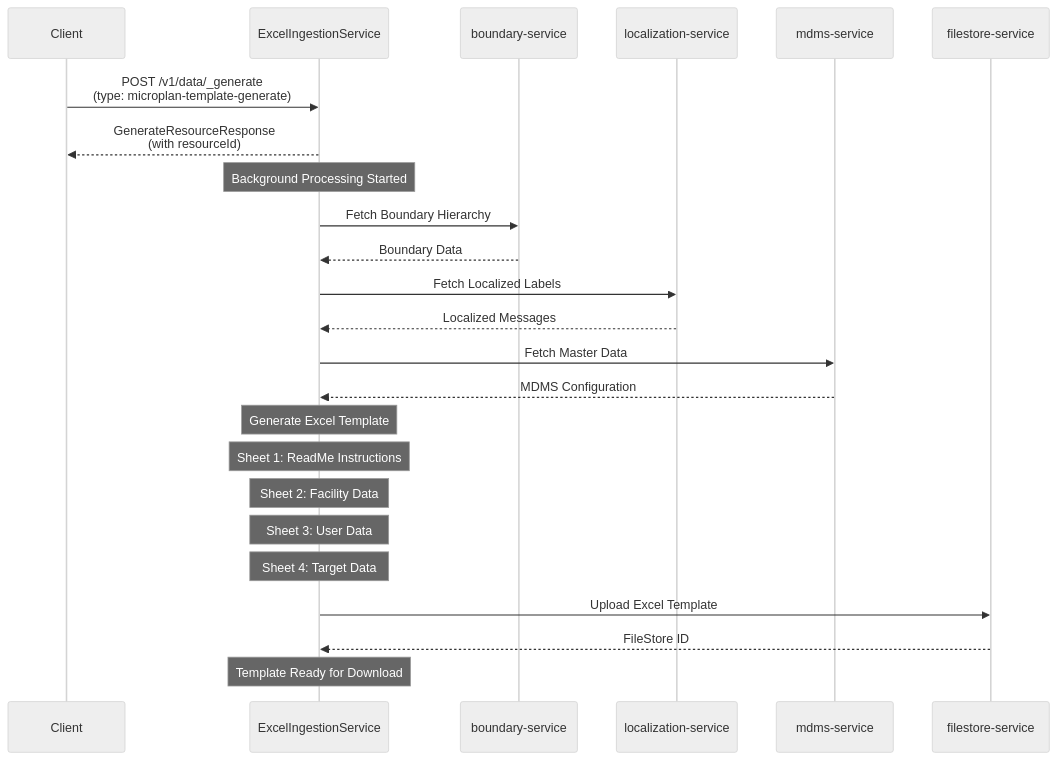
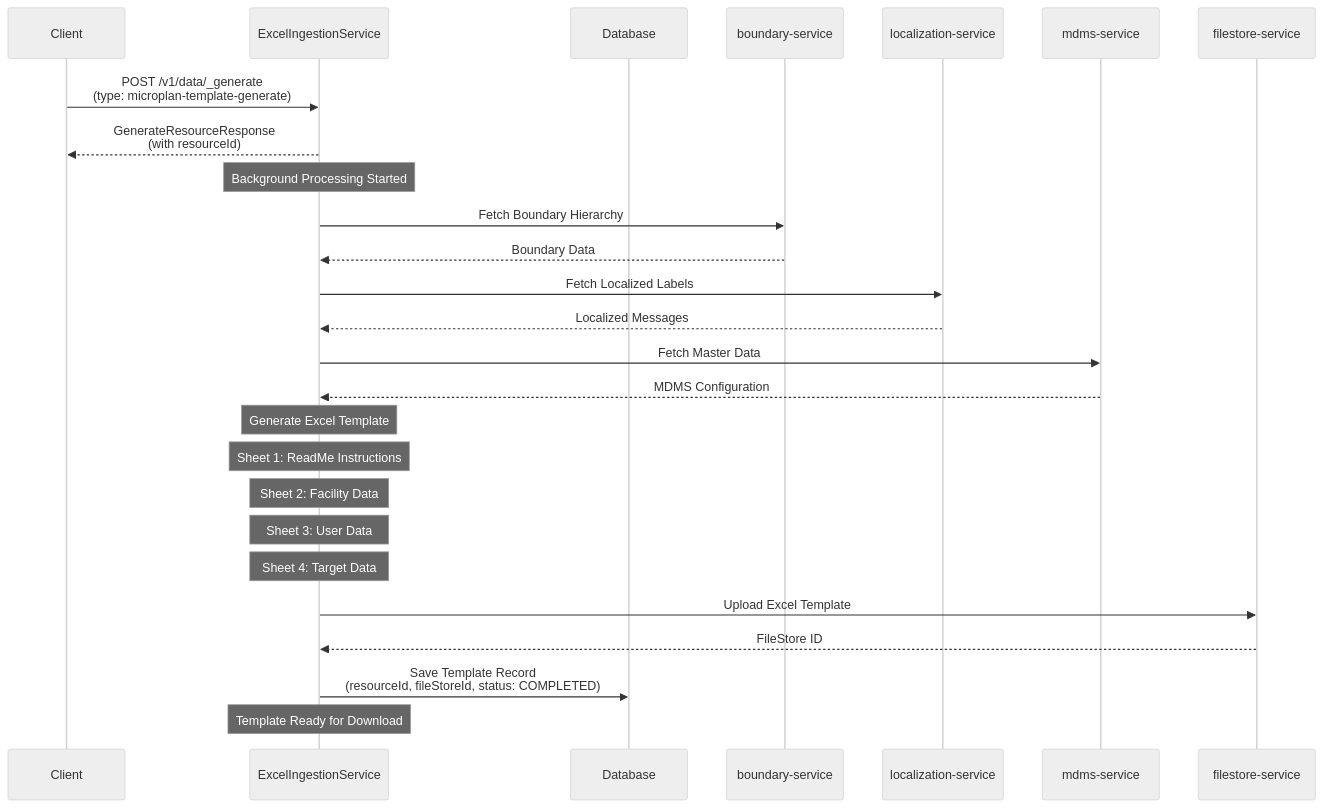
The first of 3 diagrams in tempDesign.md (ashish-egov/campaign-whole-sheet-ingestion), drawn with Mermaid (neutral theme) before and after one commit. The commit also changed other lines of this file, not shown here.

````diff
--- a/tempDesign.md
+++ b/tempDesign.md
@@ -8,35 +8,38 @@
 ```mermaid
 sequenceDiagram
     participant Client
     participant ExcelIngestionService
+    participant Database
     participant boundary-service
     participant localization-service
     participant mdms-service
     participant filestore-service
     
     Client->>ExcelIngestionService: POST /v1/data/_generate<br/>(type: microplan-template-generate)
     
     ExcelIngestionService-->>Client: GenerateResourceResponse<br/>(with resourceId)
     
     Note over ExcelIngestionService: Background Processing Started
     
     ExcelIngestionService->>boundary-service: Fetch Boundary Hierarchy
     boundary-service-->>ExcelIngestionService: Boundary Data
     
     ExcelIngestionService->>localization-service: Fetch Localized Labels
     localization-service-->>ExcelIngestionService: Localized Messages
     
     ExcelIngestionService->>mdms-service: Fetch Master Data
     mdms-service-->>ExcelIngestionService: MDMS Configuration
     
     Note over ExcelIngestionService: Generate Excel Template
     Note over ExcelIngestionService: Sheet 1: ReadMe Instructions
     Note over ExcelIngestionService: Sheet 2: Facility Data
     Note over ExcelIngestionService: Sheet 3: User Data  
     Note over ExcelIngestionService: Sheet 4: Target Data
     
     ExcelIngestionService->>filestore-service: Upload Excel Template
     filestore-service-->>ExcelIngestionService: FileStore ID
     
+    ExcelIngestionService->>Database: Save Template Record<br/>(resourceId, fileStoreId, status: COMPLETED)
+    
     Note over ExcelIngestionService: Template Ready for Download
 ```
````
